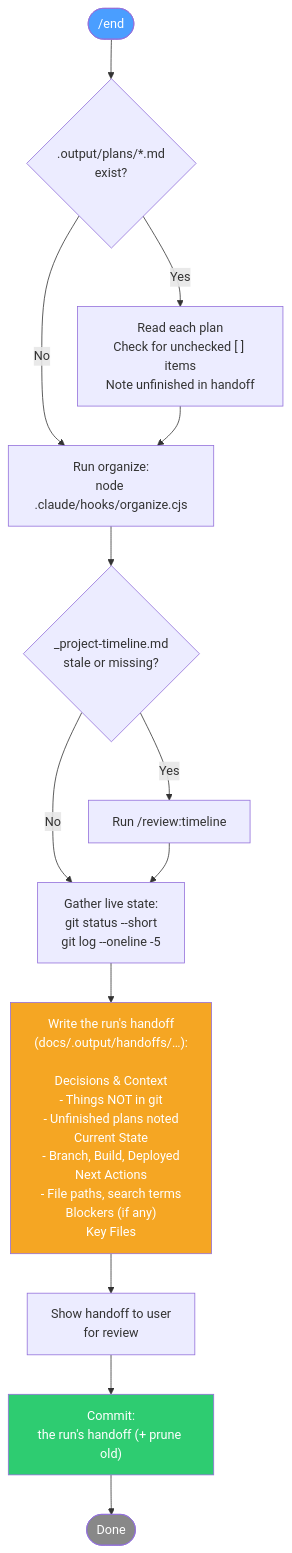
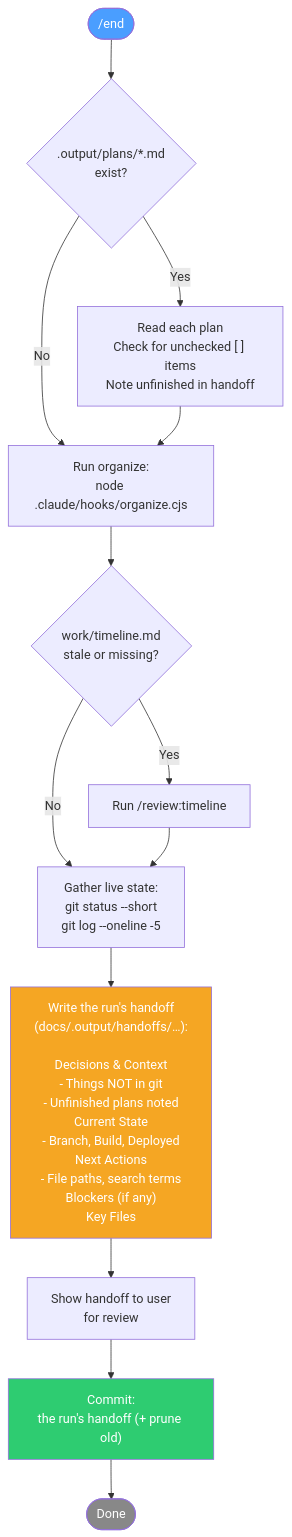
Diagram 18 of 37 in docs/reference/commands.md (Domdhi/Agents.Domdhi), drawn with Mermaid before and after one commit. The commit also changed other lines of this file and 131 other files, not shown here.

````diff
--- a/docs/reference/commands.md
+++ b/docs/reference/commands.md
@@ -884,26 +884,26 @@
 ```mermaid
 flowchart TD
     START(["/end"]) --> PLANS{.output/plans/*.md\nexist?}
     PLANS -->|Yes| READ_PLANS["Read each plan\nCheck for unchecked [ ] items\nNote unfinished in handoff"]
     PLANS -->|No| ORGANIZE
 
     READ_PLANS --> ORGANIZE["Run organize:\nnode .claude/hooks/organize.cjs"]
 
-    ORGANIZE --> TIMELINE{_project-timeline.md\nstale or missing?}
+    ORGANIZE --> TIMELINE{work/timeline.md\nstale or missing?}
     TIMELINE -->|Yes| UPDATE_TL["Run /review:timeline"]
     TIMELINE -->|No| GATHER
     UPDATE_TL --> GATHER
 
     GATHER["Gather live state:\ngit status --short\ngit log --oneline -5"]
 
     GATHER --> WRITE["Write the run's handoff\n(docs/.output/handoffs/…):\n\nDecisions & Context\n  - Things NOT in git\n  - Unfinished plans noted\nCurrent State\n  - Branch, Build, Deployed\nNext Actions\n  - File paths, search terms\nBlockers (if any)\nKey Files"]
 
     WRITE --> SHOW["Show handoff to user\nfor review"]
     SHOW --> COMMIT["Commit:\nthe run's handoff (+ prune old)"]
     COMMIT --> DONE(["Done"])
 
     style START fill:#4a9eff,color:#fff
     style WRITE fill:#f5a623,color:#fff
     style COMMIT fill:#2ecc71,color:#fff
     style DONE fill:#888,color:#fff
 ```
````
